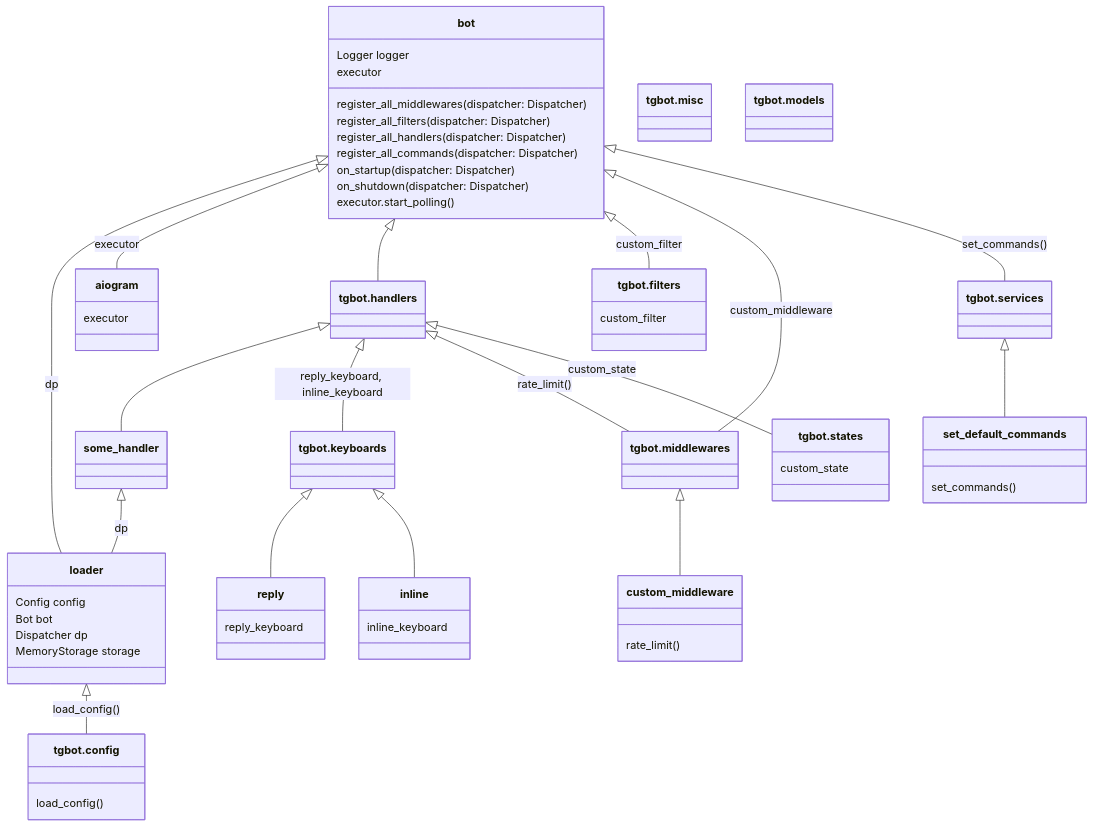
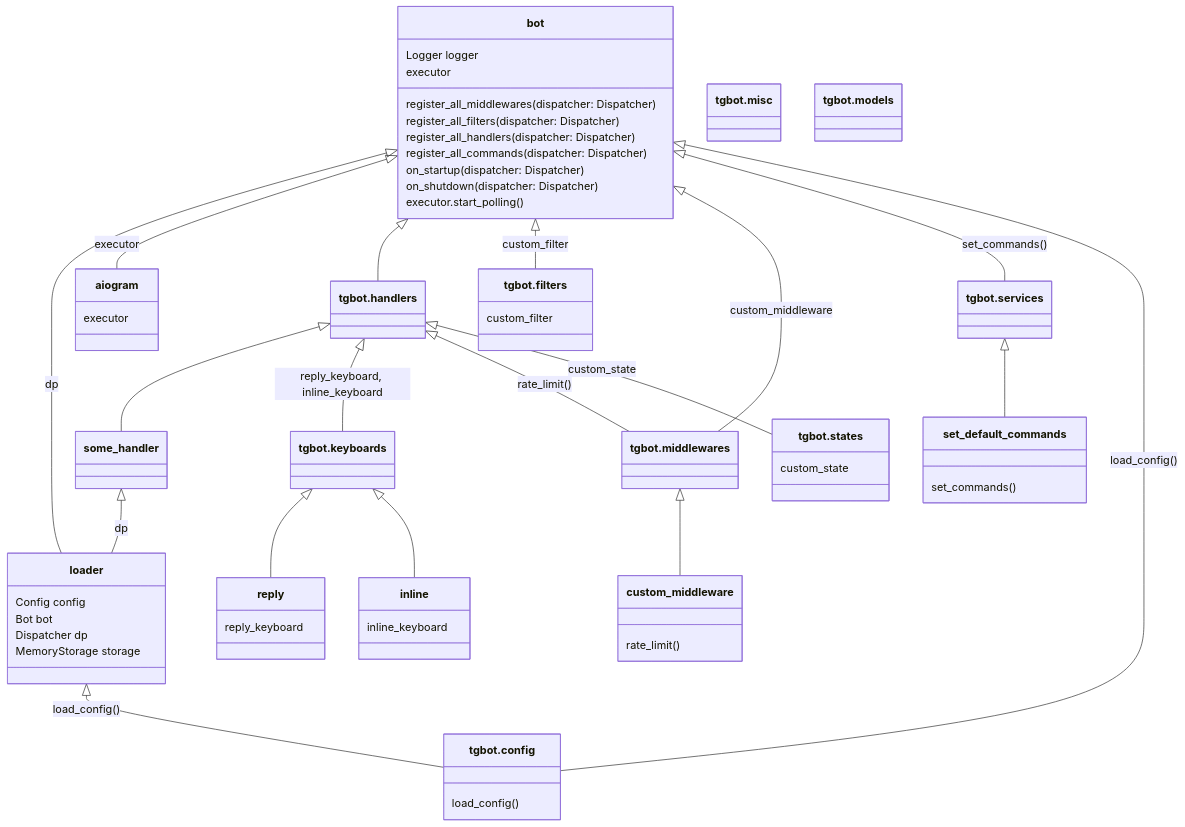
The diagram in README.md (mezgoodle/bot_template), drawn with Mermaid before and after one commit.

````diff
--- a/README.md
+++ b/README.md
@@ -26,80 +26,81 @@
 ```mermaid
 classDiagram
     bot <|-- loader: dp
     bot <|-- aiogram: executor
     bot <|-- `tgbot.handlers`
     bot <|-- `tgbot.filters`: custom_filter
     bot <|-- `tgbot.middlewares` : custom_middleware
     bot <|-- `tgbot.services` : set_commands()
+    bot <|-- `tgbot.config` : load_config()
     `tgbot.handlers` <|-- some_handler
     `tgbot.handlers` <|-- `tgbot.keyboards`: reply_keyboard, inline_keyboard
     `tgbot.handlers` <|-- `tgbot.middlewares` : rate_limit()
     `tgbot.handlers` <|-- `tgbot.states` : custom_state
     some_handler <|-- loader: dp
     loader <|-- `tgbot.config` : load_config()
     `tgbot.keyboards` <|-- reply
     `tgbot.keyboards` <|-- inline
     `tgbot.middlewares` <|-- custom_middleware
     `tgbot.services` <|-- set_default_commands
     class bot{
       Logger logger
       executor
       register_all_middlewares(dispatcher: Dispatcher)
       register_all_filters(dispatcher: Dispatcher)
       register_all_handlers(dispatcher: Dispatcher)
       register_all_commands(dispatcher: Dispatcher)
       on_startup(dispatcher: Dispatcher)
       on_shutdown(dispatcher: Dispatcher)
       executor.start_polling()
     }
     class aiogram{
         executor
     }
     class loader{
       Config config
       Bot bot
       Dispatcher dp
       MemoryStorage storage
     }
     class `tgbot.config`{
       load_config()
     }
     class `tgbot.handlers`{
     }
     class some_handler{
       
     }
     class `tgbot.filters`{
       custom_filter
     }
     class `tgbot.keyboards`{
 
     }
     class reply {
         reply_keyboard
     }
     class inline {
         inline_keyboard
     }
     class `tgbot.middlewares` {
         
     }
     class custom_middleware {
         rate_limit()
     }
     class `tgbot.misc` {
         
     }
     class `tgbot.models` {
         
     }
     class `tgbot.services` {
         
     }
     class set_default_commands {
         set_commands()
     }
     class `tgbot.states` {
         custom_state
     }
 ```
````
